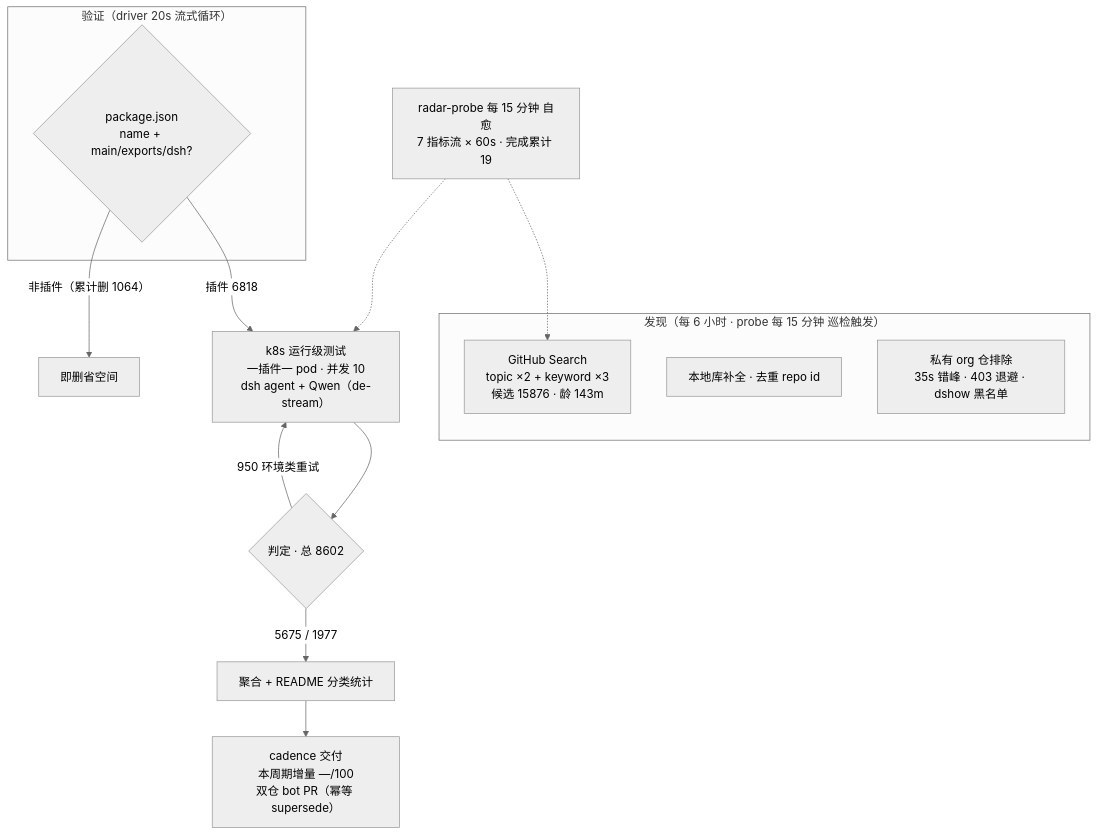
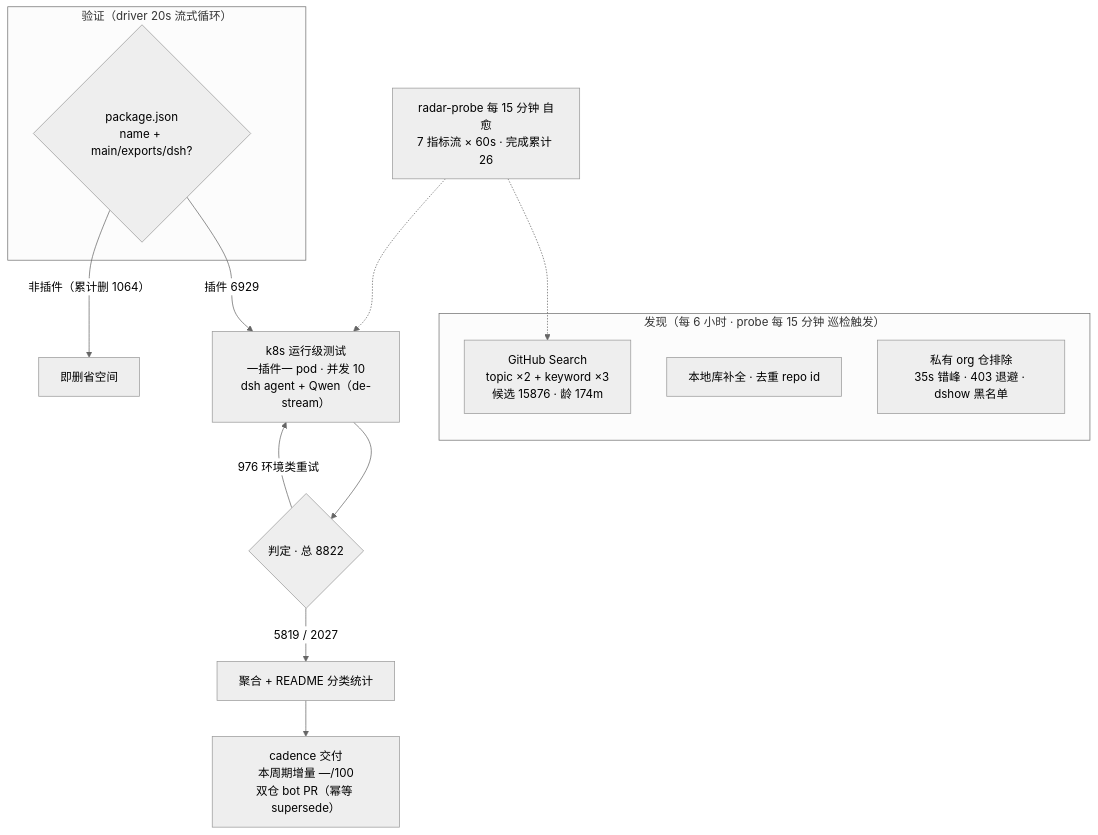
Before and after one commit to AdamPlatin123/awesome-dsh-plugins: the diagram in README.md, drawn with Mermaid (neutral theme). The commit also changed other lines of this file and 4 other files, not shown here.

````diff
--- a/README.md
+++ b/README.md
@@ -37,20 +37,20 @@
 ```mermaid
 flowchart TB
     subgraph Discovery["发现（每 6 小时 · probe 每 15 分钟 巡检触发）"]
-        A1["GitHub Search<br/>topic ×2 + keyword ×3<br/>候选 15876 · 龄 143m"]
+        A1["GitHub Search<br/>topic ×2 + keyword ×3<br/>候选 15876 · 龄 174m"]
         A2["本地库补全 · 去重 repo id"]
         A3["私有 org 仓排除<br/>35s 错峰 · 403 退避 · dshow 黑名单"]
     end
     subgraph Validation["验证（driver 20s 流式循环）"]
         B1{"package.json<br/>name + main/exports/dsh?"}
     end
-    B1 -->|"插件 6818"| C1["k8s 运行级测试<br/>一插件一 pod · 并发 10<br/>dsh agent + Qwen（de-stream）"]
+    B1 -->|"插件 6929"| C1["k8s 运行级测试<br/>一插件一 pod · 并发 10<br/>dsh agent + Qwen（de-stream）"]
     B1 -->|"非插件（累计删 1064）"| B3["即删省空间"]
-    C1 --> D1{"判定 · 总 8602"}
-    D1 -->|"5675 / 1977"| E1["聚合 + README 分类统计"]
-    D1 -->|"950 环境类重试"| C1
+    C1 --> D1{"判定 · 总 8822"}
+    D1 -->|"5819 / 2027"| E1["聚合 + README 分类统计"]
+    D1 -->|"976 环境类重试"| C1
     E1 --> E2["cadence 交付<br/>本周期增量 —/100<br/>双仓 bot PR（幂等 supersede）"]
-    M["radar-probe 每 15 分钟 自愈<br/>7 指标流 × 60s · 完成累计 19"]
+    M["radar-probe 每 15 分钟 自愈<br/>7 指标流 × 60s · 完成累计 26"]
     M -.-> A1
     M -.-> C1
 ```
````
